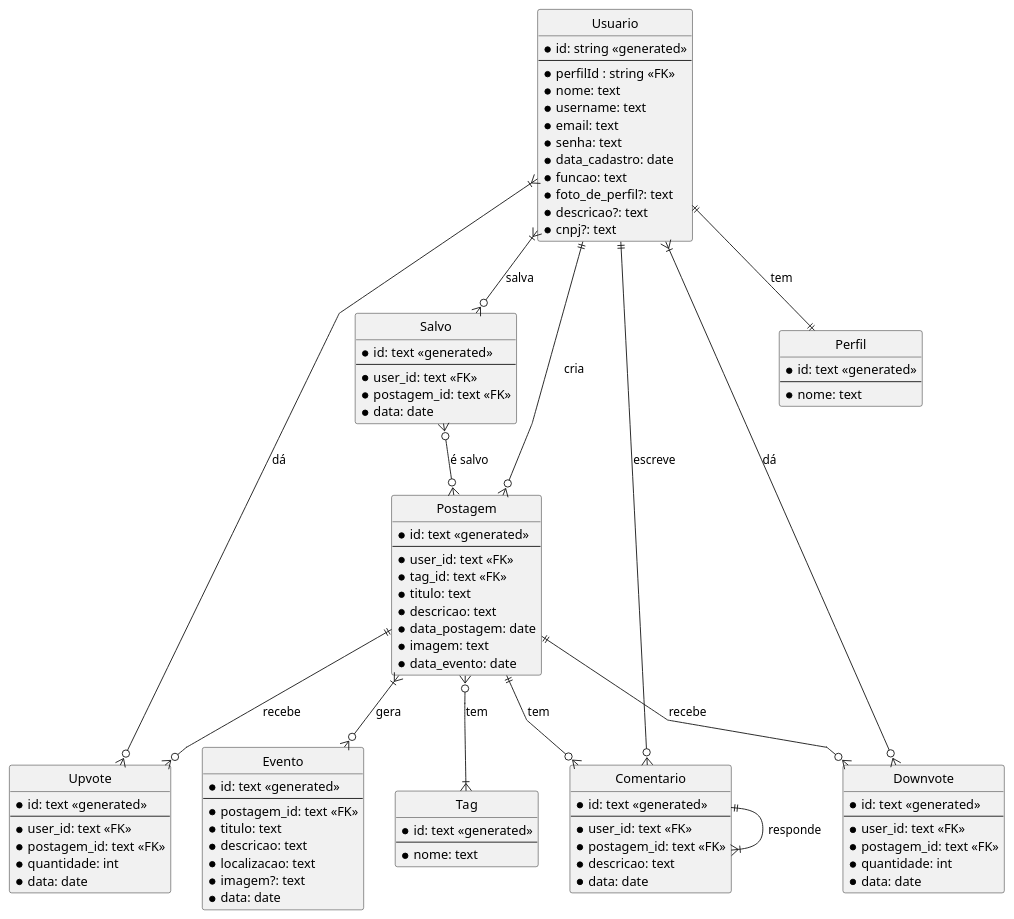
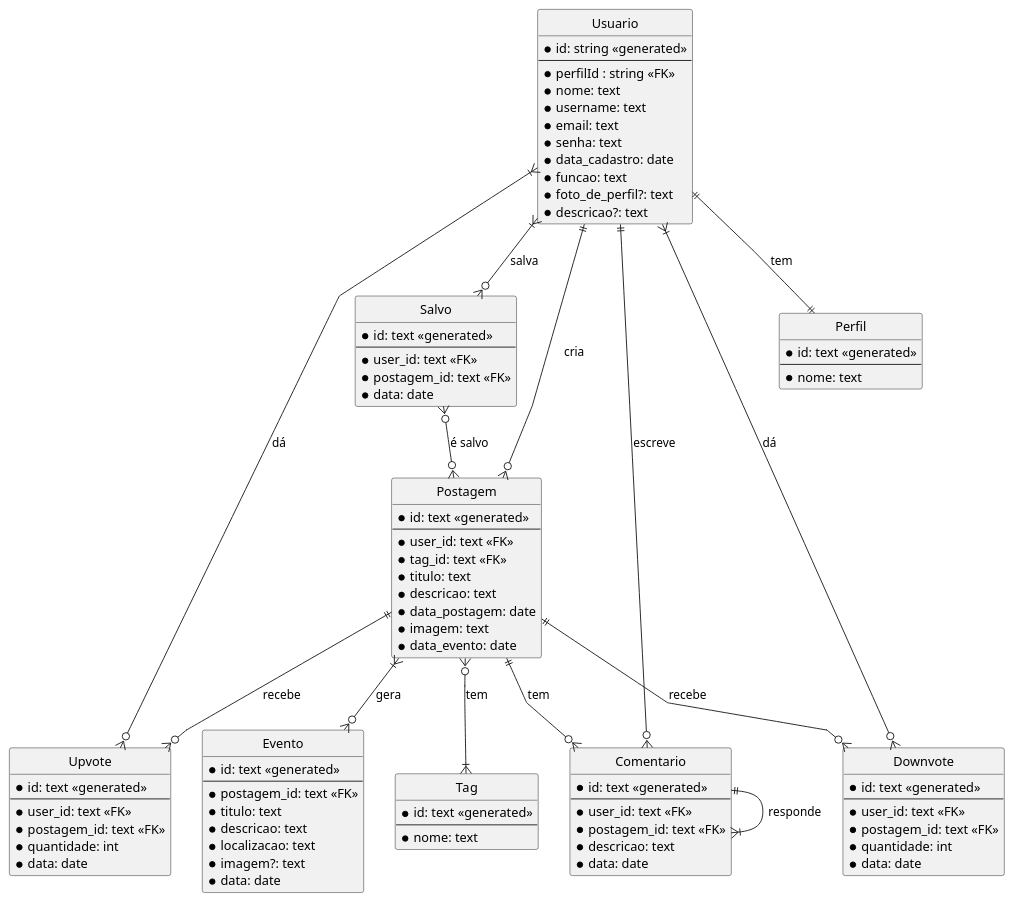
One commit to feralice/ufam-explore changed the diagram in backend/docs/ufam-explorer-er.plantuml. Above: the diagram before and after it, drawn with PlantUML. The commit also changed 21 other files, not shown here.

```diff
--- a/backend/docs/ufam-explorer-er.plantuml
+++ b/backend/docs/ufam-explorer-er.plantuml
@@ -1,105 +1,104 @@
 @startuml ufam-explore-ER
 hide circle
 skinparam linetype polyline
 
 entity "Usuario" {
    * id: string <<generated>>
    --
    * perfilId : string <<FK>>
    * nome: text
    * username: text
    * email: text
    * senha: text
    * data_cadastro: date
    * funcao: text
    * foto_de_perfil?: text
    * descricao?: text
-   * cnpj?: text
 }
 
 entity "Evento" {
    * id: text <<generated>>
    --
    * postagem_id: text <<FK>>
    * titulo: text
    * descricao: text
    * localizacao: text
    * imagem?: text
    * data: date
 }
 
 entity "Postagem" {
    * id: text <<generated>>
    --
    * user_id: text <<FK>>
    * tag_id: text <<FK>>
    * titulo: text
    * descricao: text
    * data_postagem: date
    * imagem: text
    * data_evento: date
 }
 
 entity "Tag" {
    * id: text <<generated>>
    --
    * nome: text
 }
 
 entity "Comentario" {
    * id: text <<generated>>
    --
    * user_id: text <<FK>>
    * postagem_id: text <<FK>>
    * descricao: text
    * data: date
 }
 
 entity "Upvote" {
    * id: text <<generated>>
    --
    * user_id: text <<FK>>
    * postagem_id: text <<FK>>
    * quantidade: int
    * data: date
 }
 
 entity "Downvote" {
    * id: text <<generated>>
    --
    * user_id: text <<FK>>
    * postagem_id: text <<FK>>
    * quantidade: int
    * data: date
 }
 
 entity "Salvo" {
    * id: text <<generated>>
    --
    * user_id: text <<FK>>
    * postagem_id: text <<FK>>
    * data: date
 }
 
 entity "Perfil" {
    * id: text <<generated>>
    --
    * nome: text
 }
 
 Usuario ||--o{ Postagem : "cria"
 Usuario ||--o{ Comentario : "escreve"
 Usuario }|--o{ Upvote : "dá"
 Usuario }|--o{ Downvote : "dá"
 Usuario }|--o{ Salvo : "salva"
 Usuario ||--|| Perfil : "tem"
 
 Salvo }o--o{ Postagem : "é salvo"
 Postagem }o--|{ Tag : "tem"
 Postagem ||--o{ Comentario : "tem"
 Postagem ||--o{ Upvote : "recebe"
 Postagem ||--o{ Downvote : "recebe"
 Comentario ||--|{ Comentario : "responde"
 Postagem }|--o{ Evento : "gera"
 
 @enduml
```
